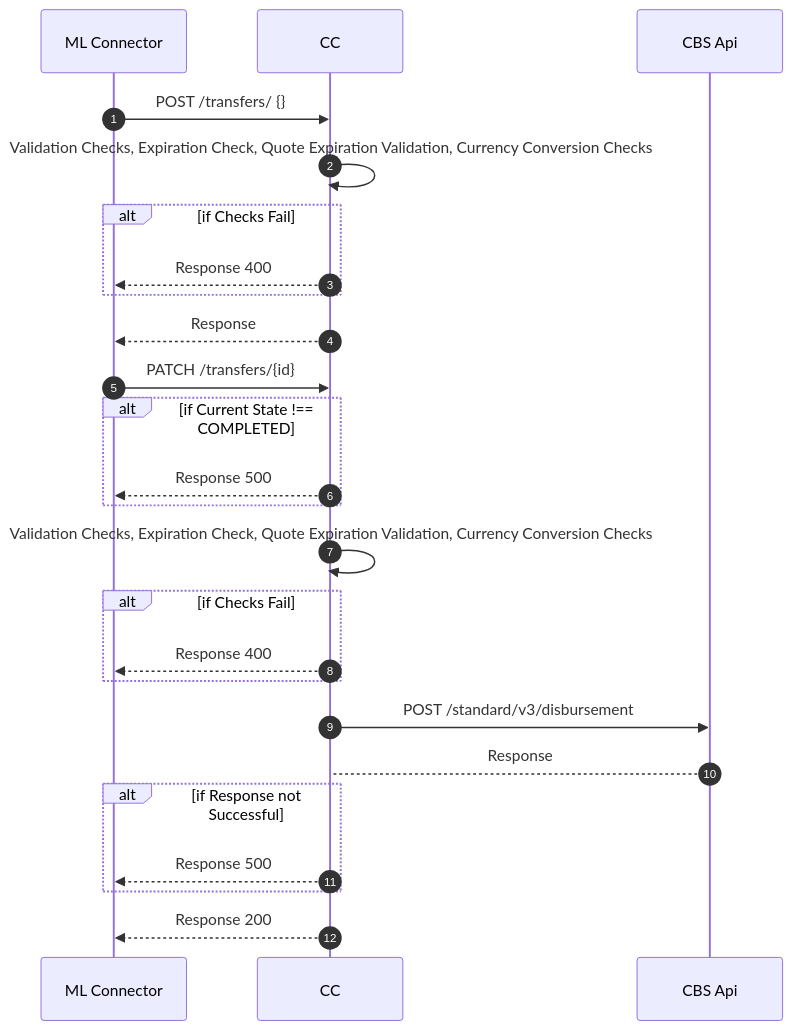
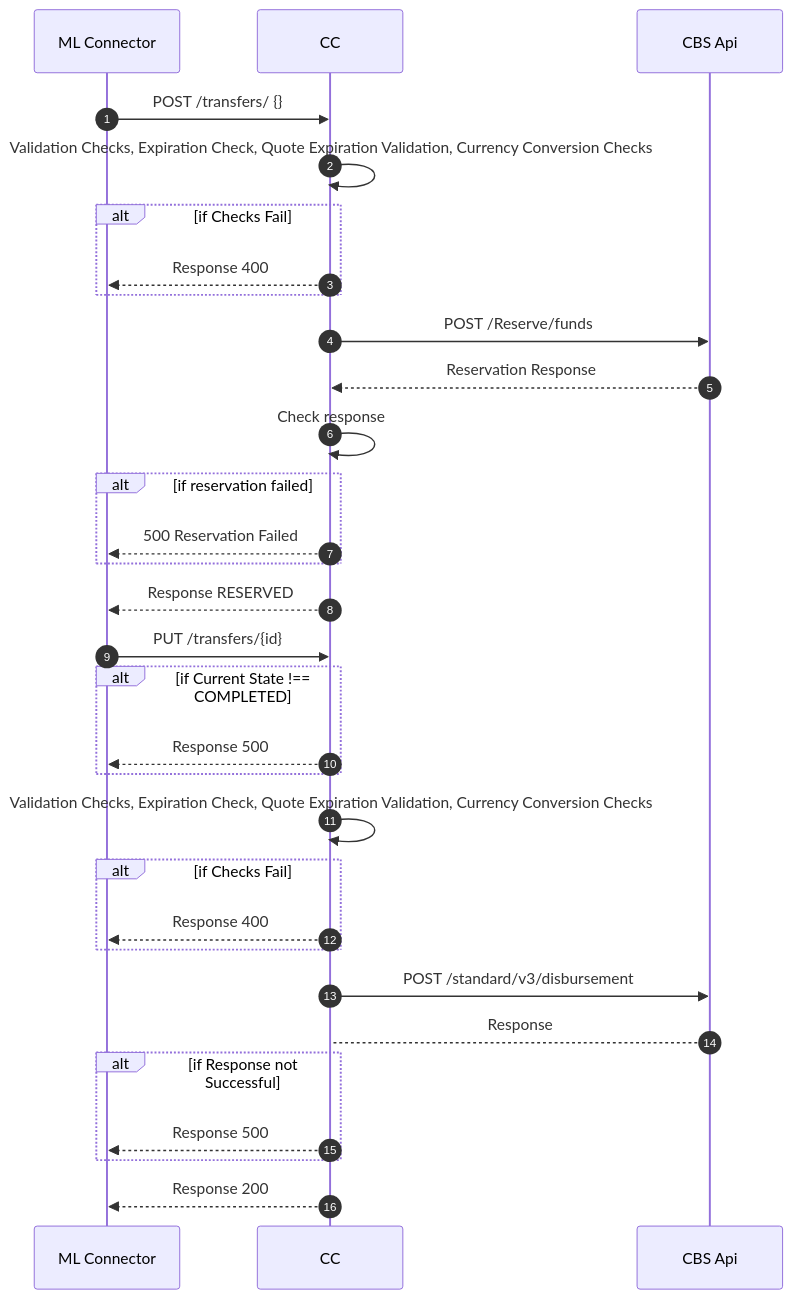
One commit to mojaloop/ml-reference-connectors changed the diagram in national-bank-mw-core-connector/docs/payee-transfers.md. Above: the diagram before and after it, drawn with Mermaid. The commit also changed other lines of this file and 5 other files, not shown here.

````diff
--- a/national-bank-mw-core-connector/docs/payee-transfers.md
+++ b/national-bank-mw-core-connector/docs/payee-transfers.md
@@ -2,25 +14,31 @@
 ```mermaid
 sequenceDiagram
   autoNumber
 ML Connector ->> CC:  POST /transfers/ {}
 CC->>CC:Validation Checks, Expiration Check, Quote Expiration Validation, Currency Conversion Checks
 Alt if Checks Fail
 CC-->>ML Connector: Response 400
 End
-CC-->>ML Connector: Response
-ML Connector->>CC: PATCH /transfers/{id}
+CC->>CBS Api: POST /Reserve/funds
+CBS Api-->> CC: Reservation Response
+CC->>CC: Check response
+Alt if reservation failed
+CC-->>ML Connector: 500 Reservation Failed
+End
+CC-->>ML Connector: Response RESERVED
+ML Connector->>CC: PUT /transfers/{id}
 Alt if Current State !== COMPLETED
 CC-->>ML Connector: Response 500
 End
 CC->>CC: Validation Checks, Expiration Check, Quote Expiration Validation, Currency Conversion Checks
 Alt if Checks Fail
 CC-->>ML Connector: Response 400
 End
 CC->>CBS Api: POST /standard/v3/disbursement
 CBS Api-->CC: Response
 Alt if Response not Successful
 CC-->>ML Connector: Response 500
 End
 CC-->>ML Connector: Response 200
 
 ```
````
